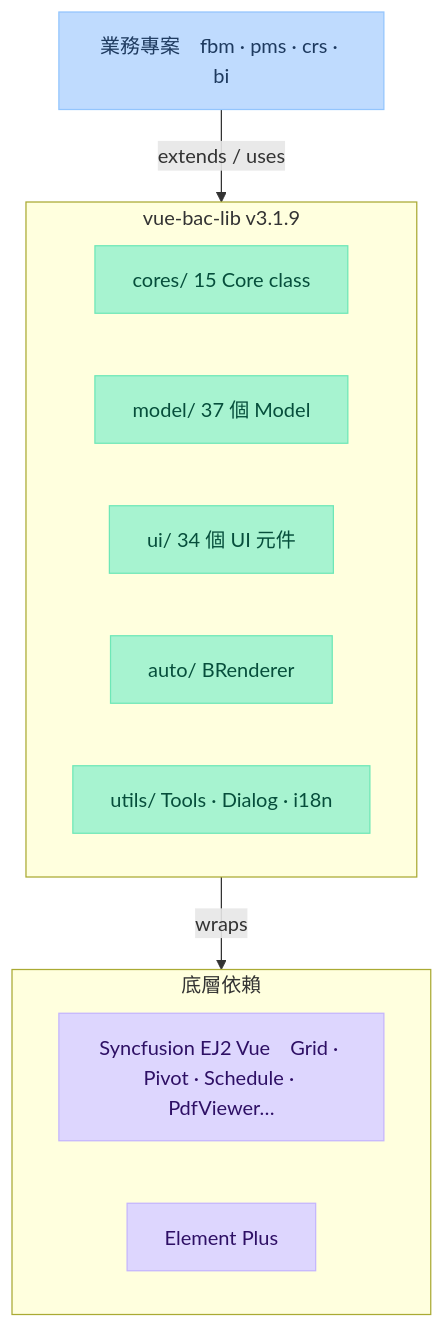
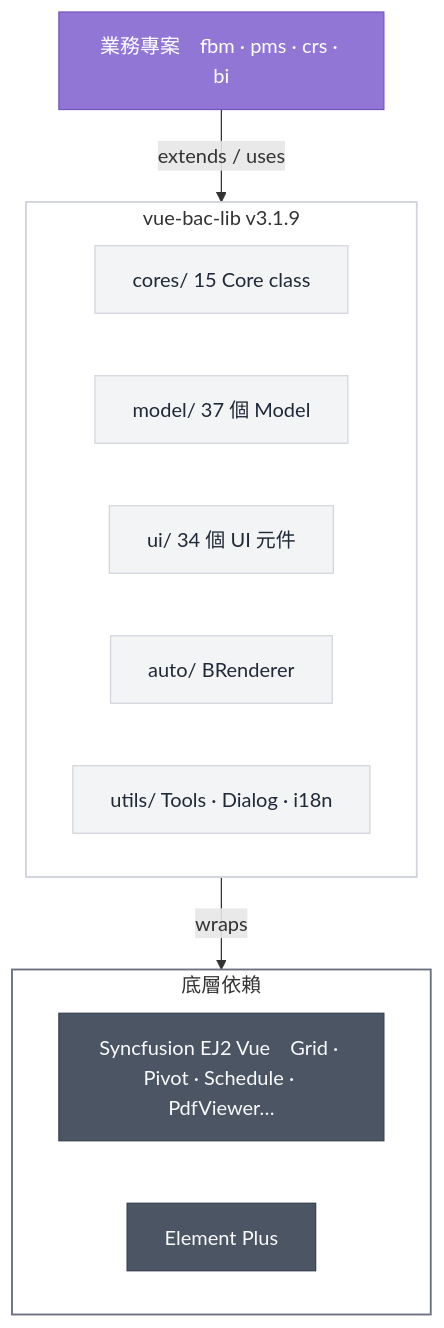
The diagram in Projects/[shared-libs]/vue-bac-lib-v-3/Overview.md (athena-a25004/projects-library), drawn with Mermaid before and after one commit. The commit also changed other lines of this file and 9 other files, not shown here.

````diff
--- a/Projects/[shared-libs]/vue-bac-lib-v-3/Overview.md
+++ b/Projects/[shared-libs]/vue-bac-lib-v-3/Overview.md
@@ -17,30 +19,34 @@
 ```mermaid
 flowchart TD
     biz["業務專案　fbm · pms · crs · bi"]
 
     subgraph vbl["vue-bac-lib v3.1.9"]
         direction LR
         cores["cores/ 15 Core class"]
         model["model/ 37 個 Model"]
         ui["ui/ 34 個 UI 元件"]
         auto["auto/ BRenderer"]
         utils["utils/ Tools · Dialog · i18n"]
     end
 
     subgraph deps["底層依賴"]
         direction LR
         sf["Syncfusion EJ2 Vue　Grid · Pivot · Schedule · PdfViewer…"]
         ep["Element Plus"]
     end
 
     biz -->|extends / uses| vbl
     vbl -->|wraps| deps
 
-    classDef bizStyle fill:#bfdbfe,stroke:#93c5fd,color:#1e3a5f
-    classDef libStyle fill:#a7f3d0,stroke:#6ee7b7,color:#064e3b
-    classDef depStyle fill:#ddd6fe,stroke:#c4b5fd,color:#2e1065
+    classDef bizStyle fill:#9276d6,stroke:#7554c0,color:#fff
+    classDef libStyle fill:#f3f4f6,stroke:#d1d5db,color:#1f2937
+    classDef depStyle fill:#4b5563,stroke:#374151,color:#f9fafb
 
     class biz bizStyle
     class cores,model,ui,auto,utils libStyle
     class sf,ep depStyle
+
+    style vbl fill:none,stroke:#d1d5db,stroke-width:1.5px
+    style deps fill:none,stroke:#6b7280,stroke-width:1.5px
+
 ```
````
